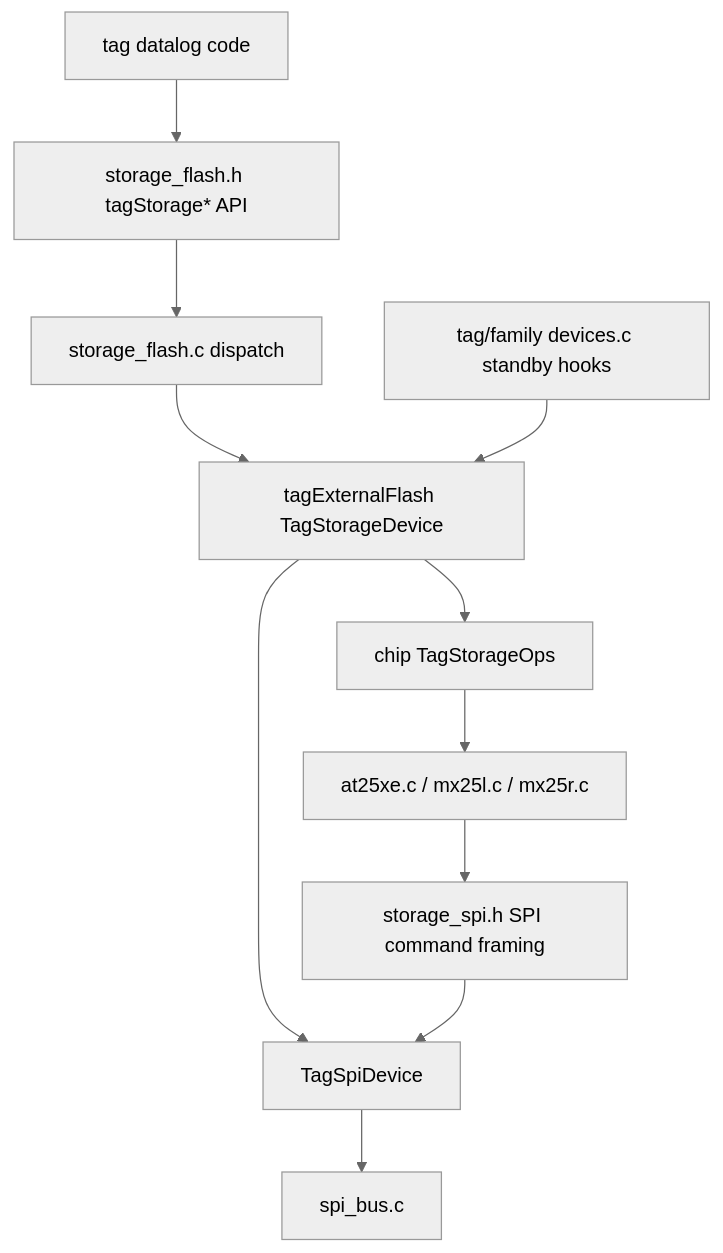
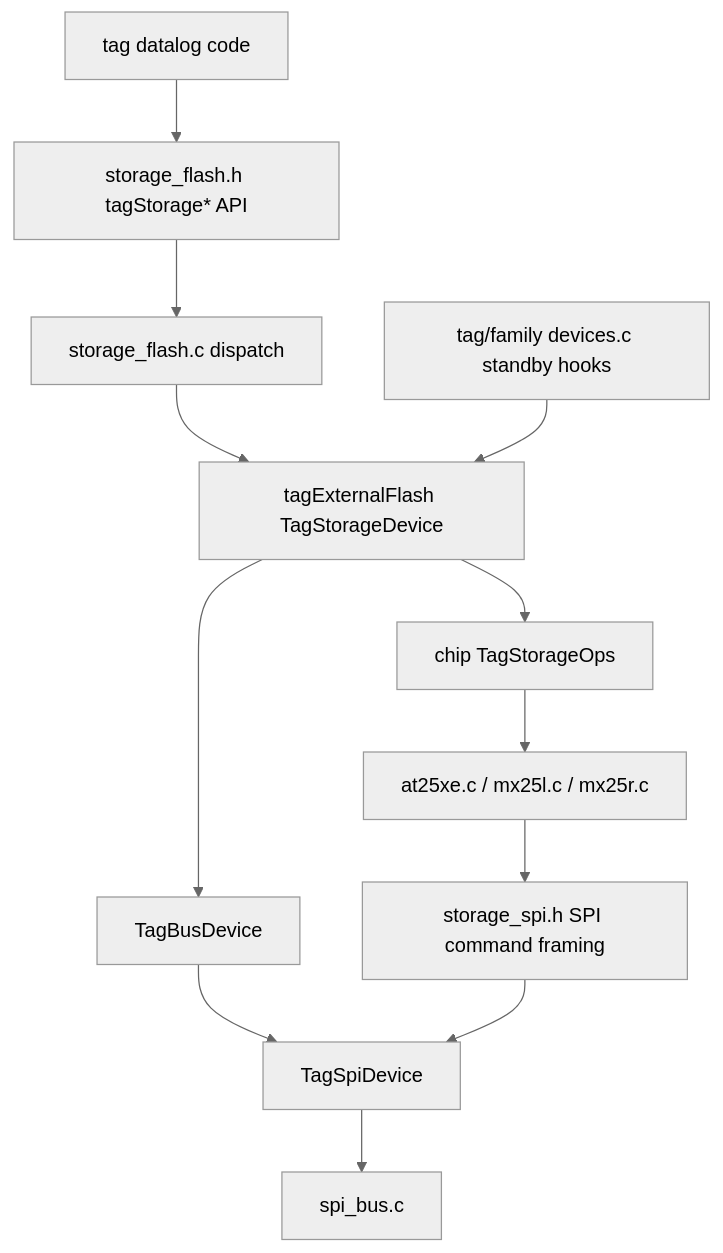
One commit to tag-designs/software changed the diagram in embedded/tags/common/storage/README.md. Above: the diagram before and after it, drawn with Mermaid (neutral theme). The commit also changed 41 other files, not shown here.

````diff
--- a/embedded/tags/common/storage/README.md
+++ b/embedded/tags/common/storage/README.md
@@ -64,25 +64,27 @@
 ```mermaid
 flowchart TD
   Datalog["tag datalog code"]
   PublicAPI["storage_flash.h tagStorage* API"]
   StorageFlash["storage_flash.c dispatch"]
   StorageDev["tagExternalFlash TagStorageDevice"]
   Ops["chip TagStorageOps"]
   Chip["at25xe.c / mx25l.c / mx25r.c"]
   SpiHelper["storage_spi.h SPI command framing"]
+  BusDevice["TagBusDevice"]
   SpiDevice["TagSpiDevice"]
   SpiCore["spi_bus.c"]
 
   Datalog --> PublicAPI
   PublicAPI --> StorageFlash
   StorageFlash --> StorageDev
   StorageDev --> Ops
   Ops --> Chip
   Chip --> SpiHelper
-  StorageDev --> SpiDevice
+  StorageDev --> BusDevice
+  BusDevice --> SpiDevice
   SpiHelper --> SpiDevice
   SpiDevice --> SpiCore
 
   Standby["tag/family devices.c standby hooks"]
   Standby --> StorageDev
 ```
````
